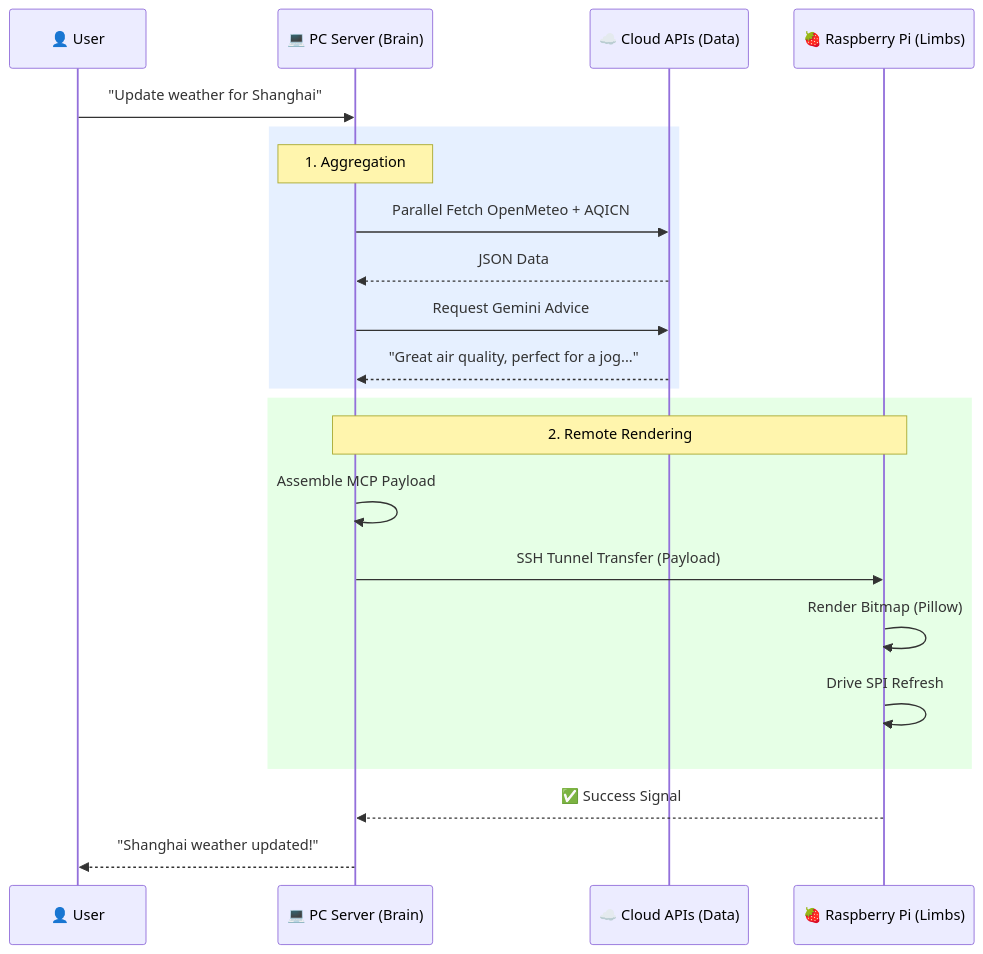
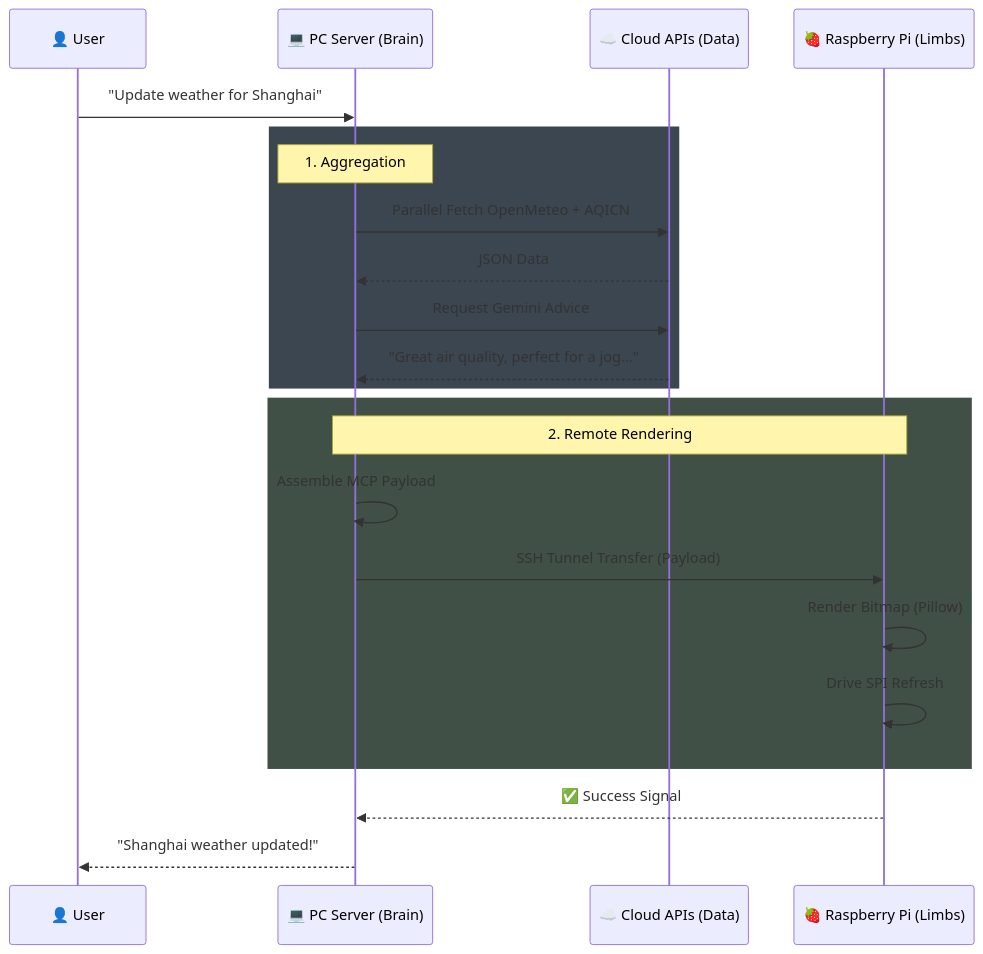
The fourth of 4 diagrams in mcp-weather-ink-suite/README.md (toutou205/RaspberryPiLab), drawn with Mermaid before and after one commit. The commit also changed other lines of this file, not shown here.

Commit message:
docs: fix README formatting (directory tree) and mermaid contrast

````diff
--- a/mcp-weather-ink-suite/README.md
+++ b/mcp-weather-ink-suite/README.md
@@ -246,27 +248,27 @@
 ```mermaid
 sequenceDiagram
     participant U as 👤 User
     participant S as 💻 PC Server (Brain)
     participant C as ☁️ Cloud APIs (Data)
     participant P as 🍓 Raspberry Pi (Limbs)
 
     U->>S: "Update weather for Shanghai"
-    rect rgb(230, 240, 255)
+    rect rgb(60, 70, 80)
         Note over S: 1. Aggregation
         S->>C: Parallel Fetch OpenMeteo + AQICN
         C-->>S: JSON Data
         S->>C: Request Gemini Advice
         C-->>S: "Great air quality, perfect for a jog..."
     end
     
-    rect rgb(230, 255, 230)
+    rect rgb(65, 80, 70)
         Note over S, P: 2. Remote Rendering
         S->>S: Assemble MCP Payload
         S->>P: SSH Tunnel Transfer (Payload)
         P->>P: Render Bitmap (Pillow)
         P->>P: Drive SPI Refresh
     end
     
     P-->>S: ✅ Success Signal
     S-->>U: "Shanghai weather updated!"
 ```
````
